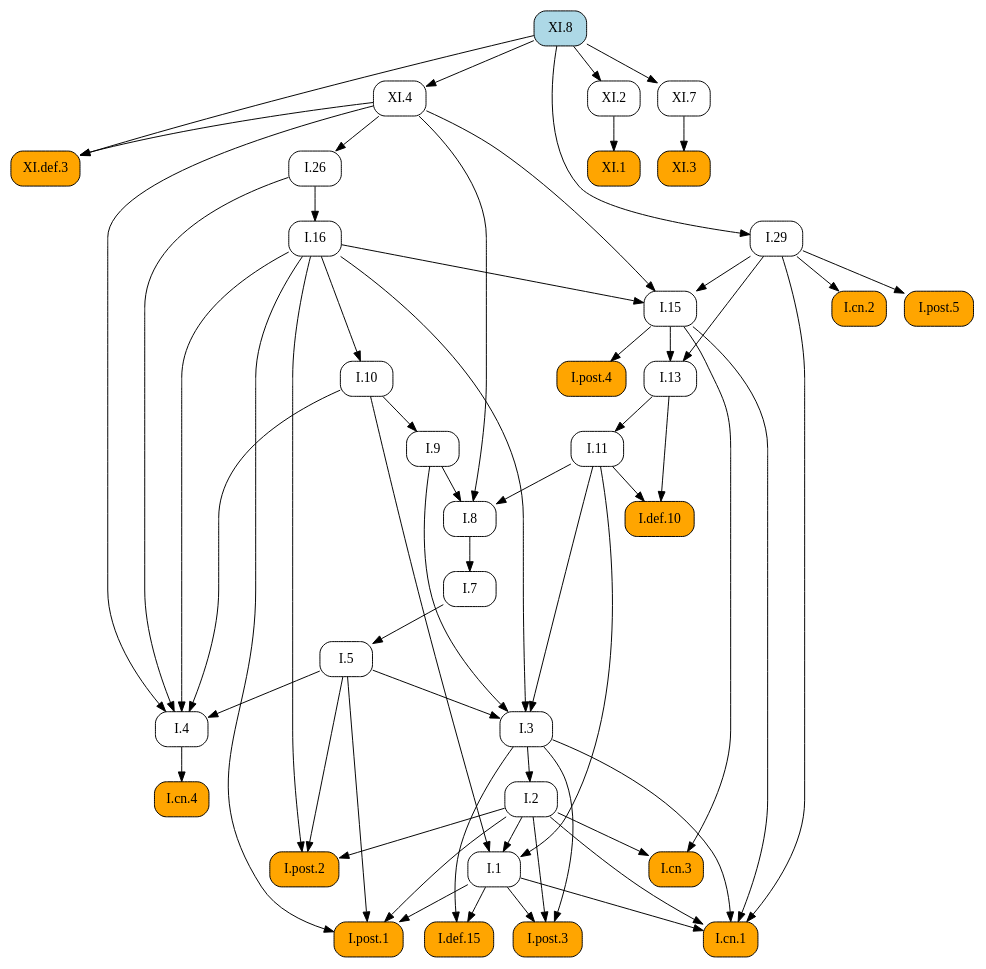
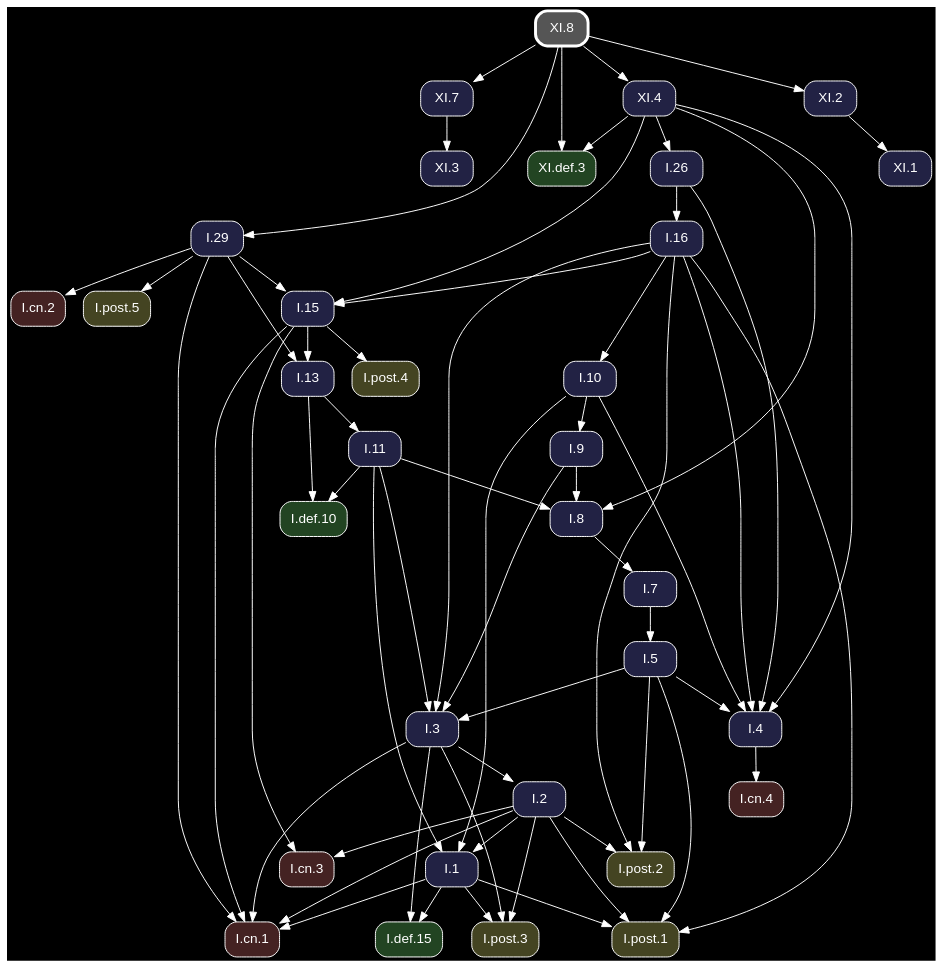
Before and after one commit to geometor/elements: the diagram in docsrc/heath/XI/8/index.rst, drawn with Graphviz. The commit also changed other lines of this file and 1200 other files, not shown here.

Commit message:
update dependency graphs

```diff
--- a/docsrc/heath/XI/8/index.rst
+++ b/docsrc/heath/XI/8/index.rst
@@ -57,58 +57,43 @@
 .. graphviz::
 
    digraph {
+     bgcolor="black";
+     node [shape=box, style="rounded,filled", fontname="Helvetica", color="white", fontcolor="white"];
+     edge [color="white", fontcolor="white"];
      rankdir="TB";
-     node [shape=box, style=rounded];
-     "I.9" [URL="/heath/I/9/", target="_top"];
-     "XI.4" [URL="/heath/XI/4/", target="_top"];
-     "I.def.15" [style="rounded,filled", fillcolor=orange, URL="/heath/I/def.15/", target="_top"];
-     "XI.8" [style="rounded,filled", fillcolor=lightblue, URL="/heath/XI/8/", target="_top"];
-     "I.post.3" [style="rounded,filled", fillcolor=orange, URL="/heath/I/post.3/", target="_top"];
-     "I.post.1" [style="rounded,filled", fillcolor=orange, URL="/heath/I/post.1/", target="_top"];
-     "XI.3" [style="rounded,filled", fillcolor=orange, URL="/heath/XI/3/", target="_top"];
-     "I.def.10" [style="rounded,filled", fillcolor=orange, URL="/heath/I/def.10/", target="_top"];
-     "XI.def.3" [style="rounded,filled", fillcolor=orange, URL="/heath/XI/def.3/", target="_top"];
-     "XI.2" [URL="/heath/XI/2/", target="_top"];
-     "XI.7" [URL="/heath/XI/7/", target="_top"];
-     "I.3" [URL="/heath/I/3/", target="_top"];
-     "I.cn.1" [style="rounded,filled", fillcolor=orange, URL="/heath/I/cn.1/", target="_top"];
-     "I.7" [URL="/heath/I/7/", target="_top"];
-     "I.2" [URL="/heath/I/2/", target="_top"];
-     "I.13" [URL="/heath/I/13/", target="_top"];
-     "I.post.4" [style="rounded,filled", fillcolor=orange, URL="/heath/I/post.4/", target="_top"];
-     "I.4" [URL="/heath/I/4/", target="_top"];
-     "I.1" [URL="/heath/I/1/", target="_top"];
-     "I.5" [URL="/heath/I/5/", target="_top"];
-     "I.8" [URL="/heath/I/8/", target="_top"];
-     "I.29" [URL="/heath/I/29/", target="_top"];
-     "I.cn.3" [style="rounded,filled", fillcolor=orange, URL="/heath/I/cn.3/", target="_top"];
-     "I.16" [URL="/heath/I/16/", target="_top"];
-     "I.15" [URL="/heath/I/15/", target="_top"];
-     "I.10" [URL="/heath/I/10/", target="_top"];
-     "I.11" [URL="/heath/I/11/", target="_top"];
-     "I.cn.2" [style="rounded,filled", fillcolor=orange, URL="/heath/I/cn.2/", target="_top"];
-     "I.post.5" [style="rounded,filled", fillcolor=orange, URL="/heath/I/post.5/", target="_top"];
-     "XI.1" [style="rounded,filled", fillcolor=orange, URL="/heath/XI/1/", target="_top"];
-     "I.cn.4" [style="rounded,filled", fillcolor=orange, URL="/heath/I/cn.4/", target="_top"];
-     "I.post.2" [style="rounded,filled", fillcolor=orange, URL="/heath/I/post.2/", target="_top"];
-     "I.26" [URL="/heath/I/26/", target="_top"];
-     "I.10" -> "I.9";
-     "XI.8" -> "XI.4";
-     "I.1" -> "I.def.15";
-     "I.3" -> "I.def.15";
-     "I.1" -> "I.post.3";
-     "I.2" -> "I.post.3";
-     "I.3" -> "I.post.3";
-     "I.1" -> "I.post.1";
-     "I.2" -> "I.post.1";
-     "I.5" -> "I.post.1";
-     "I.16" -> "I.post.1";
-     "XI.7" -> "XI.3";
-     "I.11" -> "I.def.10";
-     "I.13" -> "I.def.10";
-     "XI.4" -> "XI.def.3";
-     "XI.8" -> "XI.def.3";
-     "XI.8" -> "XI.2";
+     "XI.7" [fillcolor="#222244", URL="/heath/XI/7/", target="_top"];
+     "XI.8" [penwidth=3, color="white", fillcolor="#555555", URL="/heath/XI/8/", target="_top"];
+     "I.3" [fillcolor="#222244", URL="/heath/I/3/", target="_top"];
+     "I.cn.1" [fillcolor="#442222", URL="/heath/I/cn.1/", target="_top"];
+     "XI.def.3" [fillcolor="#224422", URL="/heath/XI/def.3/", target="_top"];
+     "I.def.10" [fillcolor="#224422", URL="/heath/I/def.10/", target="_top"];
+     "I.15" [fillcolor="#222244", URL="/heath/I/15/", target="_top"];
+     "I.13" [fillcolor="#222244", URL="/heath/I/13/", target="_top"];
+     "I.2" [fillcolor="#222244", URL="/heath/I/2/", target="_top"];
+     "XI.3" [fillcolor="#222244", URL="/heath/XI/3/", target="_top"];
+     "I.cn.2" [fillcolor="#442222", URL="/heath/I/cn.2/", target="_top"];
+     "XI.1" [fillcolor="#222244", URL="/heath/XI/1/", target="_top"];
+     "I.9" [fillcolor="#222244", URL="/heath/I/9/", target="_top"];
+     "I.1" [fillcolor="#222244", URL="/heath/I/1/", target="_top"];
+     "I.post.5" [fillcolor="#444422", URL="/heath/I/post.5/", target="_top"];
+     "I.post.4" [fillcolor="#444422", URL="/heath/I/post.4/", target="_top"];
+     "I.26" [fillcolor="#222244", URL="/heath/I/26/", target="_top"];
+     "I.8" [fillcolor="#222244", URL="/heath/I/8/", target="_top"];
+     "I.4" [fillcolor="#222244", URL="/heath/I/4/", target="_top"];
+     "I.7" [fillcolor="#222244", URL="/heath/I/7/", target="_top"];
+     "I.5" [fillcolor="#222244", URL="/heath/I/5/", target="_top"];
+     "I.10" [fillcolor="#222244", URL="/heath/I/10/", target="_top"];
+     "I.post.1" [fillcolor="#444422", URL="/heath/I/post.1/", target="_top"];
+     "I.11" [fillcolor="#222244", URL="/heath/I/11/", target="_top"];
+     "I.16" [fillcolor="#222244", URL="/heath/I/16/", target="_top"];
+     "I.cn.3" [fillcolor="#442222", URL="/heath/I/cn.3/", target="_top"];
+     "I.29" [fillcolor="#222244", URL="/heath/I/29/", target="_top"];
+     "I.post.2" [fillcolor="#444422", URL="/heath/I/post.2/", target="_top"];
+     "I.cn.4" [fillcolor="#442222", URL="/heath/I/cn.4/", target="_top"];
+     "I.post.3" [fillcolor="#444422", URL="/heath/I/post.3/", target="_top"];
+     "I.def.15" [fillcolor="#224422", URL="/heath/I/def.15/", target="_top"];
+     "XI.4" [fillcolor="#222244", URL="/heath/XI/4/", target="_top"];
+     "XI.2" [fillcolor="#222244", URL="/heath/XI/2/", target="_top"];
      "XI.8" -> "XI.7";
      "I.5" -> "I.3";
      "I.9" -> "I.3";
@@ -119,38 +104,55 @@
      "I.3" -> "I.cn.1";
      "I.15" -> "I.cn.1";
      "I.29" -> "I.cn.1";
-     "I.8" -> "I.7";
-     "I.3" -> "I.2";
+     "XI.4" -> "XI.def.3";
+     "XI.8" -> "XI.def.3";
+     "I.11" -> "I.def.10";
+     "I.13" -> "I.def.10";
+     "I.16" -> "I.15";
+     "I.29" -> "I.15";
+     "XI.4" -> "I.15";
      "I.15" -> "I.13";
      "I.29" -> "I.13";
+     "I.3" -> "I.2";
+     "XI.7" -> "XI.3";
+     "I.29" -> "I.cn.2";
+     "XI.2" -> "XI.1";
+     "I.10" -> "I.9";
+     "I.2" -> "I.1";
+     "I.10" -> "I.1";
+     "I.11" -> "I.1";
+     "I.29" -> "I.post.5";
      "I.15" -> "I.post.4";
+     "XI.4" -> "I.26";
+     "I.9" -> "I.8";
+     "I.11" -> "I.8";
+     "XI.4" -> "I.8";
      "I.5" -> "I.4";
      "I.10" -> "I.4";
      "I.16" -> "I.4";
      "I.26" -> "I.4";
      "XI.4" -> "I.4";
-     "I.2" -> "I.1";
-     "I.10" -> "I.1";
-     "I.11" -> "I.1";
+     "I.8" -> "I.7";
      "I.7" -> "I.5";
-     "I.9" -> "I.8";
-     "I.11" -> "I.8";
-     "XI.4" -> "I.8";
-     "XI.8" -> "I.29";
+     "I.16" -> "I.10";
+     "I.1" -> "I.post.1";
+     "I.2" -> "I.post.1";
+     "I.5" -> "I.post.1";
+     "I.16" -> "I.post.1";
+     "I.13" -> "I.11";
+     "I.26" -> "I.16";
      "I.2" -> "I.cn.3";
      "I.15" -> "I.cn.3";
-     "I.26" -> "I.16";
-     "I.16" -> "I.15";
-     "I.29" -> "I.15";
-     "XI.4" -> "I.15";
-     "I.16" -> "I.10";
-     "I.13" -> "I.11";
-     "I.29" -> "I.cn.2";
-     "I.29" -> "I.post.5";
-     "XI.2" -> "XI.1";
-     "I.4" -> "I.cn.4";
+     "XI.8" -> "I.29";
      "I.2" -> "I.post.2";
      "I.5" -> "I.post.2";
      "I.16" -> "I.post.2";
-     "XI.4" -> "I.26";
+     "I.4" -> "I.cn.4";
+     "I.1" -> "I.post.3";
+     "I.2" -> "I.post.3";
+     "I.3" -> "I.post.3";
+     "I.1" -> "I.def.15";
+     "I.3" -> "I.def.15";
+     "XI.8" -> "XI.4";
+     "XI.8" -> "XI.2";
    }
```
